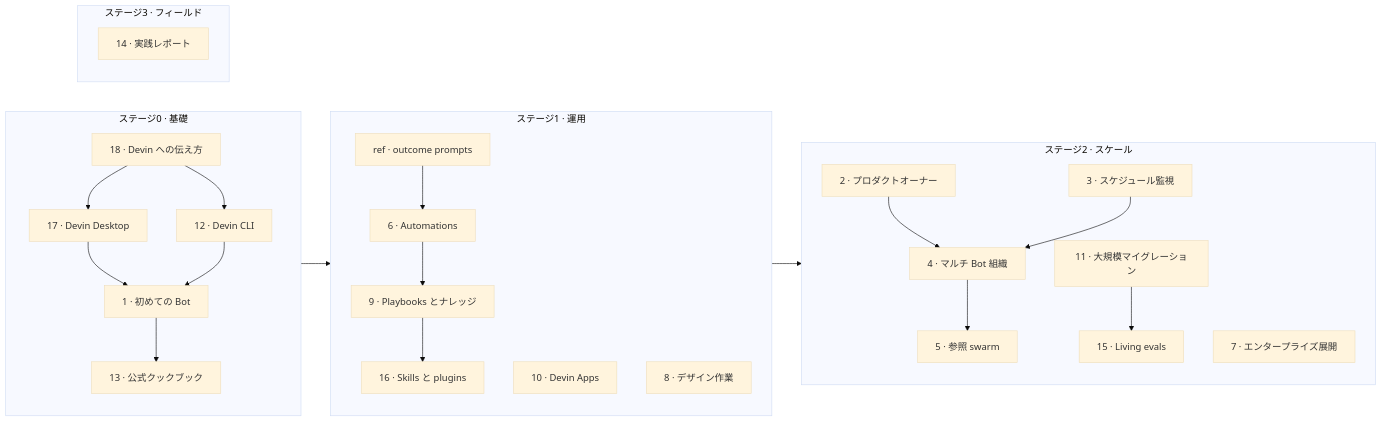
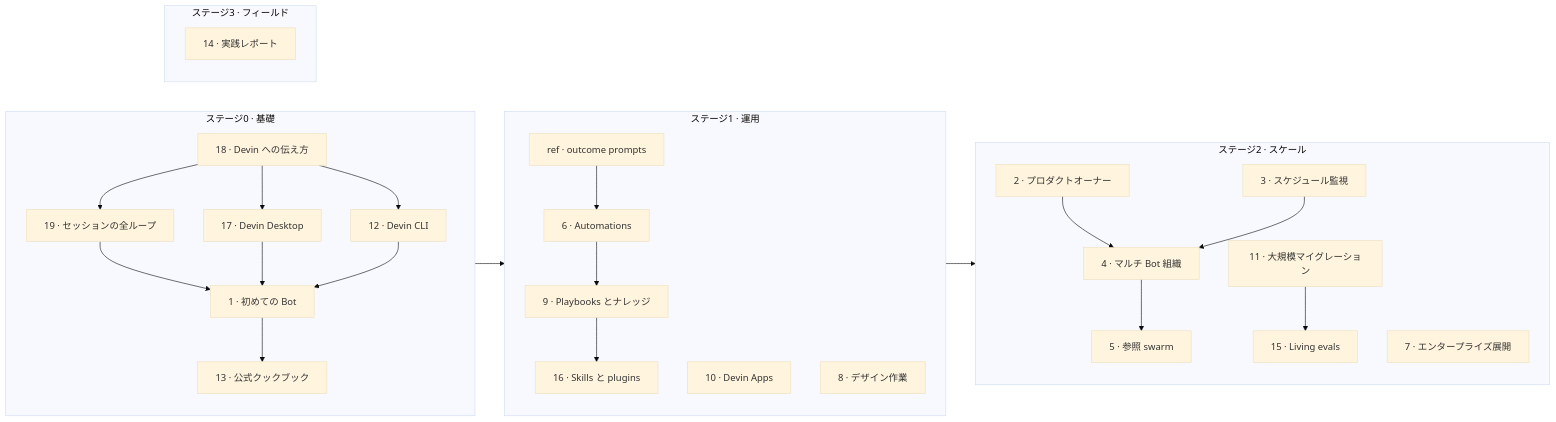
The diagram in README.ja.md (Till3005/build-with-devin), drawn with Mermaid (base theme) before and after one commit. The commit also changed other lines of this file and 7 other files, not shown here.

````diff
--- a/README.ja.md
+++ b/README.ja.md
@@ -27,28 +27,30 @@
 ```mermaid
 flowchart LR
     subgraph S0["ステージ0 · 基礎"]
       G18["18 · Devin への伝え方"] --> G17["17 · Devin Desktop"]
       G18 --> G12["12 · Devin CLI"]
+      G18 --> G19["19 · セッションの全ループ"]
+      G19 --> G1
       G17 --> G1["1 · 初めての Bot"]
       G12 --> G1
       G1 --> G13["13 · 公式クックブック"]
     end
     subgraph S1["ステージ1 · 運用"]
       GP["ref · outcome prompts"] --> G6["6 · Automations"]
       G6 --> G9["9 · Playbooks とナレッジ"]
       G9 --> G16["16 · Skills と plugins"]
       G10["10 · Devin Apps"]
       G8["8 · デザイン作業"]
     end
     subgraph S2["ステージ2 · スケール"]
       G2["2 · プロダクトオーナー"] --> G4["4 · マルチ Bot 組織"]
       G3["3 · スケジュール監視"] --> G4
       G4 --> G5["5 · 参照 swarm"]
       G11["11 · 大規模マイグレーション"] --> G15["15 · Living evals"]
       G7["7 · エンタープライズ展開"]
     end
     subgraph S3["ステージ3 · フィールド"]
       G14["14 · 実践レポート"]
     end
     S0 --> S1 --> S2
 ```
````
